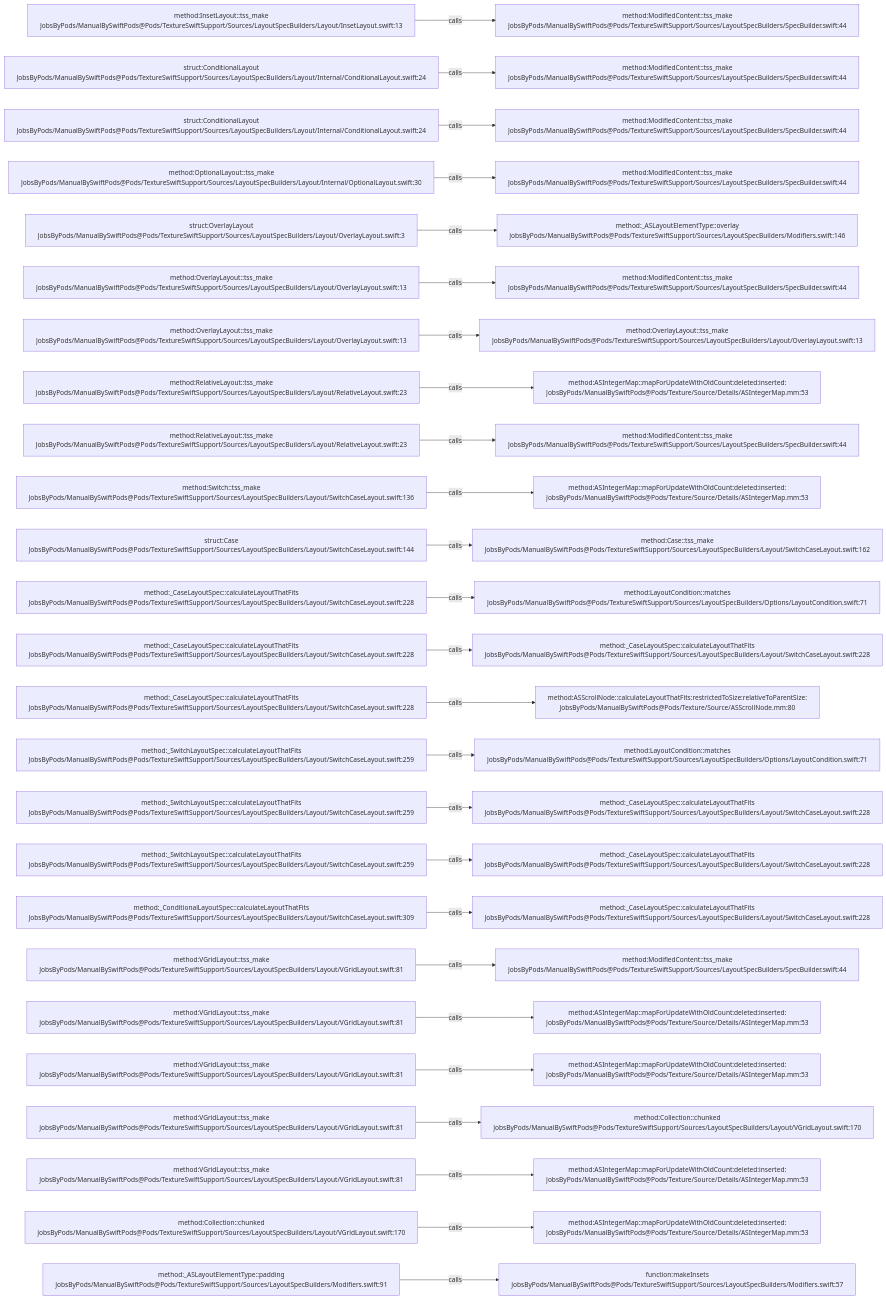
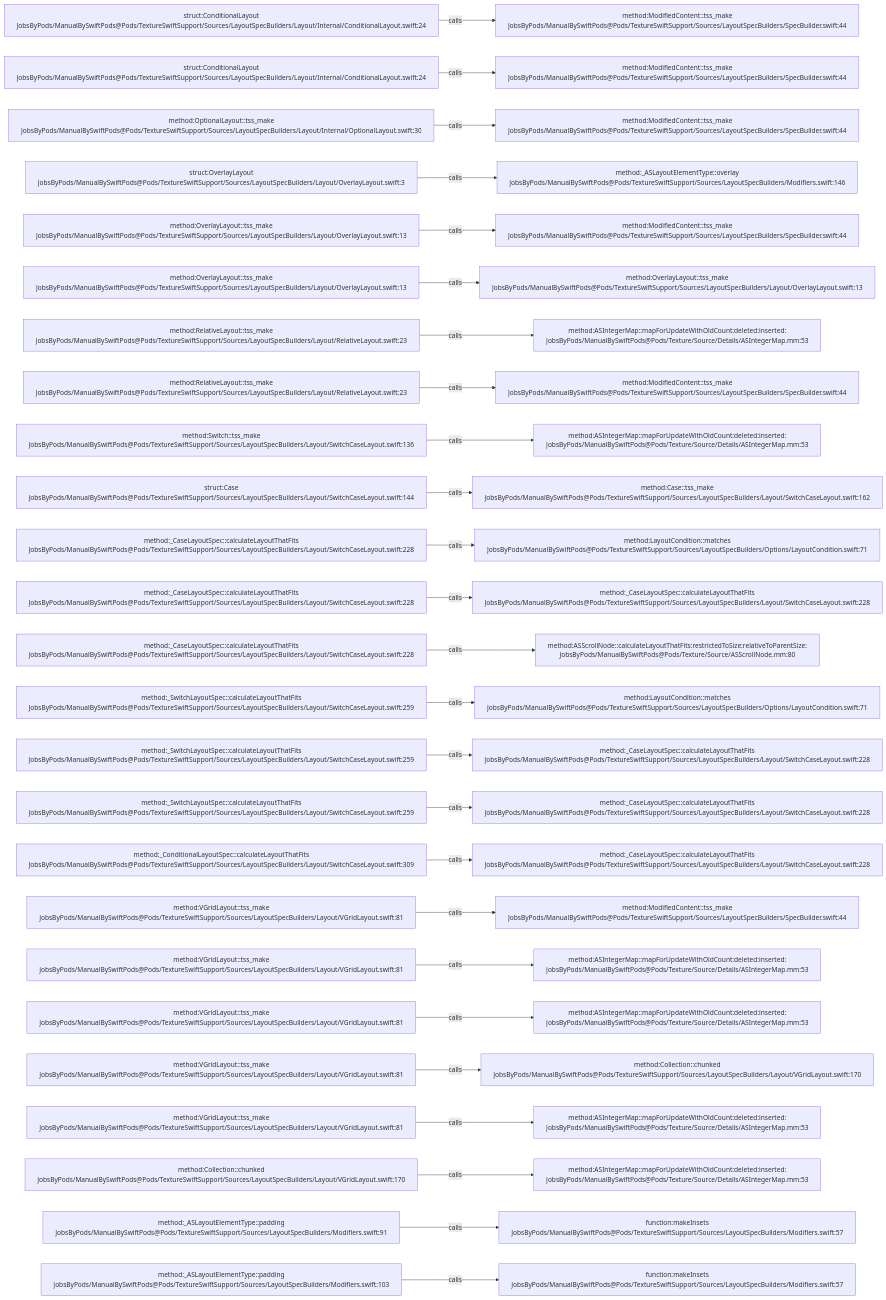
The diagram in .codegraph/codegraph.md/graphs/calls-157.md (JobsKits/JobsSwiftBaseConfigDemo), drawn with Mermaid before and after one commit. The commit also changed 747 other files, not shown here.

````diff
--- a/.codegraph/codegraph.md/graphs/calls-157.md
+++ b/.codegraph/codegraph.md/graphs/calls-157.md
@@ -13,78 +13,78 @@
 ```mermaid
 flowchart LR
-  S1["method:InsetLayout::tss_make<br/>JobsByPods/ManualBySwiftPods@Pods/TextureSwiftSupport/Sources/LayoutSpecBuilders/Layout/InsetLayout.swift:13"]
+  S1["struct:ConditionalLayout<br/>JobsByPods/ManualBySwiftPods@Pods/TextureSwiftSupport/Sources/LayoutSpecBuilders/Layout/Internal/ConditionalLayout.swift:24"]
   T1["method:ModifiedContent::tss_make<br/>JobsByPods/ManualBySwiftPods@Pods/TextureSwiftSupport/Sources/LayoutSpecBuilders/SpecBuilder.swift:44"]
   S1 -->|calls| T1
   S2["struct:ConditionalLayout<br/>JobsByPods/ManualBySwiftPods@Pods/TextureSwiftSupport/Sources/LayoutSpecBuilders/Layout/Internal/ConditionalLayout.swift:24"]
   T2["method:ModifiedContent::tss_make<br/>JobsByPods/ManualBySwiftPods@Pods/TextureSwiftSupport/Sources/LayoutSpecBuilders/SpecBuilder.swift:44"]
   S2 -->|calls| T2
-  S3["struct:ConditionalLayout<br/>JobsByPods/ManualBySwiftPods@Pods/TextureSwiftSupport/Sources/LayoutSpecBuilders/Layout/Internal/ConditionalLayout.swift:24"]
+  S3["method:OptionalLayout::tss_make<br/>JobsByPods/ManualBySwiftPods@Pods/TextureSwiftSupport/Sources/LayoutSpecBuilders/Layout/Internal/OptionalLayout.swift:30"]
   T3["method:ModifiedContent::tss_make<br/>JobsByPods/ManualBySwiftPods@Pods/TextureSwiftSupport/Sources/LayoutSpecBuilders/SpecBuilder.swift:44"]
   S3 -->|calls| T3
-  S4["method:OptionalLayout::tss_make<br/>JobsByPods/ManualBySwiftPods@Pods/TextureSwiftSupport/Sources/LayoutSpecBuilders/Layout/Internal/OptionalLayout.swift:30"]
-  T4["method:ModifiedContent::tss_make<br/>JobsByPods/ManualBySwiftPods@Pods/TextureSwiftSupport/Sources/LayoutSpecBuilders/SpecBuilder.swift:44"]
+  S4["struct:OverlayLayout<br/>JobsByPods/ManualBySwiftPods@Pods/TextureSwiftSupport/Sources/LayoutSpecBuilders/Layout/OverlayLayout.swift:3"]
+  T4["method:_ASLayoutElementType::overlay<br/>JobsByPods/ManualBySwiftPods@Pods/TextureSwiftSupport/Sources/LayoutSpecBuilders/Modifiers.swift:146"]
   S4 -->|calls| T4
-  S5["struct:OverlayLayout<br/>JobsByPods/ManualBySwiftPods@Pods/TextureSwiftSupport/Sources/LayoutSpecBuilders/Layout/OverlayLayout.swift:3"]
-  T5["method:_ASLayoutElementType::overlay<br/>JobsByPods/ManualBySwiftPods@Pods/TextureSwiftSupport/Sources/LayoutSpecBuilders/Modifiers.swift:146"]
+  S5["method:OverlayLayout::tss_make<br/>JobsByPods/ManualBySwiftPods@Pods/TextureSwiftSupport/Sources/LayoutSpecBuilders/Layout/OverlayLayout.swift:13"]
+  T5["method:ModifiedContent::tss_make<br/>JobsByPods/ManualBySwiftPods@Pods/TextureSwiftSupport/Sources/LayoutSpecBuilders/SpecBuilder.swift:44"]
   S5 -->|calls| T5
   S6["method:OverlayLayout::tss_make<br/>JobsByPods/ManualBySwiftPods@Pods/TextureSwiftSupport/Sources/LayoutSpecBuilders/Layout/OverlayLayout.swift:13"]
-  T6["method:ModifiedContent::tss_make<br/>JobsByPods/ManualBySwiftPods@Pods/TextureSwiftSupport/Sources/LayoutSpecBuilders/SpecBuilder.swift:44"]
+  T6["method:OverlayLayout::tss_make<br/>JobsByPods/ManualBySwiftPods@Pods/TextureSwiftSupport/Sources/LayoutSpecBuilders/Layout/OverlayLayout.swift:13"]
   S6 -->|calls| T6
-  S7["method:OverlayLayout::tss_make<br/>JobsByPods/ManualBySwiftPods@Pods/TextureSwiftSupport/Sources/LayoutSpecBuilders/Layout/OverlayLayout.swift:13"]
-  T7["method:OverlayLayout::tss_make<br/>JobsByPods/ManualBySwiftPods@Pods/TextureSwiftSupport/Sources/LayoutSpecBuilders/Layout/OverlayLayout.swift:13"]
+  S7["method:RelativeLayout::tss_make<br/>JobsByPods/ManualBySwiftPods@Pods/TextureSwiftSupport/Sources/LayoutSpecBuilders/Layout/RelativeLayout.swift:23"]
+  T7["method:ASIntegerMap::mapForUpdateWithOldCount:deleted:inserted:<br/>JobsByPods/ManualBySwiftPods@Pods/Texture/Source/Details/ASIntegerMap.mm:53"]
   S7 -->|calls| T7
   S8["method:RelativeLayout::tss_make<br/>JobsByPods/ManualBySwiftPods@Pods/TextureSwiftSupport/Sources/LayoutSpecBuilders/Layout/RelativeLayout.swift:23"]
-  T8["method:ASIntegerMap::mapForUpdateWithOldCount:deleted:inserted:<br/>JobsByPods/ManualBySwiftPods@Pods/Texture/Source/Details/ASIntegerMap.mm:53"]
+  T8["method:ModifiedContent::tss_make<br/>JobsByPods/ManualBySwiftPods@Pods/TextureSwiftSupport/Sources/LayoutSpecBuilders/SpecBuilder.swift:44"]
   S8 -->|calls| T8
-  S9["method:RelativeLayout::tss_make<br/>JobsByPods/ManualBySwiftPods@Pods/TextureSwiftSupport/Sources/LayoutSpecBuilders/Layout/RelativeLayout.swift:23"]
-  T9["method:ModifiedContent::tss_make<br/>JobsByPods/ManualBySwiftPods@Pods/TextureSwiftSupport/Sources/LayoutSpecBuilders/SpecBuilder.swift:44"]
+  S9["method:Switch::tss_make<br/>JobsByPods/ManualBySwiftPods@Pods/TextureSwiftSupport/Sources/LayoutSpecBuilders/Layout/SwitchCaseLayout.swift:136"]
+  T9["method:ASIntegerMap::mapForUpdateWithOldCount:deleted:inserted:<br/>JobsByPods/ManualBySwiftPods@Pods/Texture/Source/Details/ASIntegerMap.mm:53"]
   S9 -->|calls| T9
-  S10["method:Switch::tss_make<br/>JobsByPods/ManualBySwiftPods@Pods/TextureSwiftSupport/Sources/LayoutSpecBuilders/Layout/SwitchCaseLayout.swift:136"]
-  T10["method:ASIntegerMap::mapForUpdateWithOldCount:deleted:inserted:<br/>JobsByPods/ManualBySwiftPods@Pods/Texture/Source/Details/ASIntegerMap.mm:53"]
+  S10["struct:Case<br/>JobsByPods/ManualBySwiftPods@Pods/TextureSwiftSupport/Sources/LayoutSpecBuilders/Layout/SwitchCaseLayout.swift:144"]
+  T10["method:Case::tss_make<br/>JobsByPods/ManualBySwiftPods@Pods/TextureSwiftSupport/Sources/LayoutSpecBuilders/Layout/SwitchCaseLayout.swift:162"]
   S10 -->|calls| T10
-  S11["struct:Case<br/>JobsByPods/ManualBySwiftPods@Pods/TextureSwiftSupport/Sources/LayoutSpecBuilders/Layout/SwitchCaseLayout.swift:144"]
-  T11["method:Case::tss_make<br/>JobsByPods/ManualBySwiftPods@Pods/TextureSwiftSupport/Sources/LayoutSpecBuilders/Layout/SwitchCaseLayout.swift:162"]
+  S11["method:_CaseLayoutSpec::calculateLayoutThatFits<br/>JobsByPods/ManualBySwiftPods@Pods/TextureSwiftSupport/Sources/LayoutSpecBuilders/Layout/SwitchCaseLayout.swift:228"]
+  T11["method:LayoutCondition::matches<br/>JobsByPods/ManualBySwiftPods@Pods/TextureSwiftSupport/Sources/LayoutSpecBuilders/Options/LayoutCondition.swift:71"]
   S11 -->|calls| T11
   S12["method:_CaseLayoutSpec::calculateLayoutThatFits<br/>JobsByPods/ManualBySwiftPods@Pods/TextureSwiftSupport/Sources/LayoutSpecBuilders/Layout/SwitchCaseLayout.swift:228"]
-  T12["method:LayoutCondition::matches<br/>JobsByPods/ManualBySwiftPods@Pods/TextureSwiftSupport/Sources/LayoutSpecBuilders/Options/LayoutCondition.swift:71"]
+  T12["method:_CaseLayoutSpec::calculateLayoutThatFits<br/>JobsByPods/ManualBySwiftPods@Pods/TextureSwiftSupport/Sources/LayoutSpecBuilders/Layout/SwitchCaseLayout.swift:228"]
   S12 -->|calls| T12
   S13["method:_CaseLayoutSpec::calculateLayoutThatFits<br/>JobsByPods/ManualBySwiftPods@Pods/TextureSwiftSupport/Sources/LayoutSpecBuilders/Layout/SwitchCaseLayout.swift:228"]
-  T13["method:_CaseLayoutSpec::calculateLayoutThatFits<br/>JobsByPods/ManualBySwiftPods@Pods/TextureSwiftSupport/Sources/LayoutSpecBuilders/Layout/SwitchCaseLayout.swift:228"]
+  T13["method:ASScrollNode::calculateLayoutThatFits:restrictedToSize:relativeToParentSize:<br/>JobsByPods/ManualBySwiftPods@Pods/Texture/Source/ASScrollNode.mm:80"]
   S13 -->|calls| T13
-  S14["method:_CaseLayoutSpec::calculateLayoutThatFits<br/>JobsByPods/ManualBySwiftPods@Pods/TextureSwiftSupport/Sources/LayoutSpecBuilders/Layout/SwitchCaseLayout.swift:228"]
-  T14["method:ASScrollNode::calculateLayoutThatFits:restrictedToSize:relativeToParentSize:<br/>JobsByPods/ManualBySwiftPods@Pods/Texture/Source/ASScrollNode.mm:80"]
+  S14["method:_SwitchLayoutSpec::calculateLayoutThatFits<br/>JobsByPods/ManualBySwiftPods@Pods/TextureSwiftSupport/Sources/LayoutSpecBuilders/Layout/SwitchCaseLayout.swift:259"]
+  T14["method:LayoutCondition::matches<br/>JobsByPods/ManualBySwiftPods@Pods/TextureSwiftSupport/Sources/LayoutSpecBuilders/Options/LayoutCondition.swift:71"]
   S14 -->|calls| T14
   S15["method:_SwitchLayoutSpec::calculateLayoutThatFits<br/>JobsByPods/ManualBySwiftPods@Pods/TextureSwiftSupport/Sources/LayoutSpecBuilders/Layout/SwitchCaseLayout.swift:259"]
-  T15["method:LayoutCondition::matches<br/>JobsByPods/ManualBySwiftPods@Pods/TextureSwiftSupport/Sources/LayoutSpecBuilders/Options/LayoutCondition.swift:71"]
+  T15["method:_CaseLayoutSpec::calculateLayoutThatFits<br/>JobsByPods/ManualBySwiftPods@Pods/TextureSwiftSupport/Sources/LayoutSpecBuilders/Layout/SwitchCaseLayout.swift:228"]
   S15 -->|calls| T15
   S16["method:_SwitchLayoutSpec::calculateLayoutThatFits<br/>JobsByPods/ManualBySwiftPods@Pods/TextureSwiftSupport/Sources/LayoutSpecBuilders/Layout/SwitchCaseLayout.swift:259"]
   T16["method:_CaseLayoutSpec::calculateLayoutThatFits<br/>JobsByPods/ManualBySwiftPods@Pods/TextureSwiftSupport/Sources/LayoutSpecBuilders/Layout/SwitchCaseLayout.swift:228"]
   S16 -->|calls| T16
-  S17["method:_SwitchLayoutSpec::calculateLayoutThatFits<br/>JobsByPods/ManualBySwiftPods@Pods/TextureSwiftSupport/Sources/LayoutSpecBuilders/Layout/SwitchCaseLayout.swift:259"]
+  S17["method:_ConditionalLayoutSpec::calculateLayoutThatFits<br/>JobsByPods/ManualBySwiftPods@Pods/TextureSwiftSupport/Sources/LayoutSpecBuilders/Layout/SwitchCaseLayout.swift:309"]
   T17["method:_CaseLayoutSpec::calculateLayoutThatFits<br/>JobsByPods/ManualBySwiftPods@Pods/TextureSwiftSupport/Sources/LayoutSpecBuilders/Layout/SwitchCaseLayout.swift:228"]
   S17 -->|calls| T17
-  S18["method:_ConditionalLayoutSpec::calculateLayoutThatFits<br/>JobsByPods/ManualBySwiftPods@Pods/TextureSwiftSupport/Sources/LayoutSpecBuilders/Layout/SwitchCaseLayout.swift:309"]
-  T18["method:_CaseLayoutSpec::calculateLayoutThatFits<br/>JobsByPods/ManualBySwiftPods@Pods/TextureSwiftSupport/Sources/LayoutSpecBuilders/Layout/SwitchCaseLayout.swift:228"]
+  S18["method:VGridLayout::tss_make<br/>JobsByPods/ManualBySwiftPods@Pods/TextureSwiftSupport/Sources/LayoutSpecBuilders/Layout/VGridLayout.swift:81"]
+  T18["method:ModifiedContent::tss_make<br/>JobsByPods/ManualBySwiftPods@Pods/TextureSwiftSupport/Sources/LayoutSpecBuilders/SpecBuilder.swift:44"]
   S18 -->|calls| T18
   S19["method:VGridLayout::tss_make<br/>JobsByPods/ManualBySwiftPods@Pods/TextureSwiftSupport/Sources/LayoutSpecBuilders/Layout/VGridLayout.swift:81"]
-  T19["method:ModifiedContent::tss_make<br/>JobsByPods/ManualBySwiftPods@Pods/TextureSwiftSupport/Sources/LayoutSpecBuilders/SpecBuilder.swift:44"]
+  T19["method:ASIntegerMap::mapForUpdateWithOldCount:deleted:inserted:<br/>JobsByPods/ManualBySwiftPods@Pods/Texture/Source/Details/ASIntegerMap.mm:53"]
   S19 -->|calls| T19
   S20["method:VGridLayout::tss_make<br/>JobsByPods/ManualBySwiftPods@Pods/TextureSwiftSupport/Sources/LayoutSpecBuilders/Layout/VGridLayout.swift:81"]
   T20["method:ASIntegerMap::mapForUpdateWithOldCount:deleted:inserted:<br/>JobsByPods/ManualBySwiftPods@Pods/Texture/Source/Details/ASIntegerMap.mm:53"]
   S20 -->|calls| T20
   S21["method:VGridLayout::tss_make<br/>JobsByPods/ManualBySwiftPods@Pods/TextureSwiftSupport/Sources/LayoutSpecBuilders/Layout/VGridLayout.swift:81"]
-  T21["method:ASIntegerMap::mapForUpdateWithOldCount:deleted:inserted:<br/>JobsByPods/ManualBySwiftPods@Pods/Texture/Source/Details/ASIntegerMap.mm:53"]
+  T21["method:Collection::chunked<br/>JobsByPods/ManualBySwiftPods@Pods/TextureSwiftSupport/Sources/LayoutSpecBuilders/Layout/VGridLayout.swift:170"]
   S21 -->|calls| T21
   S22["method:VGridLayout::tss_make<br/>JobsByPods/ManualBySwiftPods@Pods/TextureSwiftSupport/Sources/LayoutSpecBuilders/Layout/VGridLayout.swift:81"]
-  T22["method:Collection::chunked<br/>JobsByPods/ManualBySwiftPods@Pods/TextureSwiftSupport/Sources/LayoutSpecBuilders/Layout/VGridLayout.swift:170"]
+  T22["method:ASIntegerMap::mapForUpdateWithOldCount:deleted:inserted:<br/>JobsByPods/ManualBySwiftPods@Pods/Texture/Source/Details/ASIntegerMap.mm:53"]
   S22 -->|calls| T22
-  S23["method:VGridLayout::tss_make<br/>JobsByPods/ManualBySwiftPods@Pods/TextureSwiftSupport/Sources/LayoutSpecBuilders/Layout/VGridLayout.swift:81"]
+  S23["method:Collection::chunked<br/>JobsByPods/ManualBySwiftPods@Pods/TextureSwiftSupport/Sources/LayoutSpecBuilders/Layout/VGridLayout.swift:170"]
   T23["method:ASIntegerMap::mapForUpdateWithOldCount:deleted:inserted:<br/>JobsByPods/ManualBySwiftPods@Pods/Texture/Source/Details/ASIntegerMap.mm:53"]
   S23 -->|calls| T23
-  S24["method:Collection::chunked<br/>JobsByPods/ManualBySwiftPods@Pods/TextureSwiftSupport/Sources/LayoutSpecBuilders/Layout/VGridLayout.swift:170"]
-  T24["method:ASIntegerMap::mapForUpdateWithOldCount:deleted:inserted:<br/>JobsByPods/ManualBySwiftPods@Pods/Texture/Source/Details/ASIntegerMap.mm:53"]
+  S24["method:_ASLayoutElementType::padding<br/>JobsByPods/ManualBySwiftPods@Pods/TextureSwiftSupport/Sources/LayoutSpecBuilders/Modifiers.swift:91"]
+  T24["function:makeInsets<br/>JobsByPods/ManualBySwiftPods@Pods/TextureSwiftSupport/Sources/LayoutSpecBuilders/Modifiers.swift:57"]
   S24 -->|calls| T24
-  S25["method:_ASLayoutElementType::padding<br/>JobsByPods/ManualBySwiftPods@Pods/TextureSwiftSupport/Sources/LayoutSpecBuilders/Modifiers.swift:91"]
+  S25["method:_ASLayoutElementType::padding<br/>JobsByPods/ManualBySwiftPods@Pods/TextureSwiftSupport/Sources/LayoutSpecBuilders/Modifiers.swift:103"]
   T25["function:makeInsets<br/>JobsByPods/ManualBySwiftPods@Pods/TextureSwiftSupport/Sources/LayoutSpecBuilders/Modifiers.swift:57"]
   S25 -->|calls| T25
 ```
````
